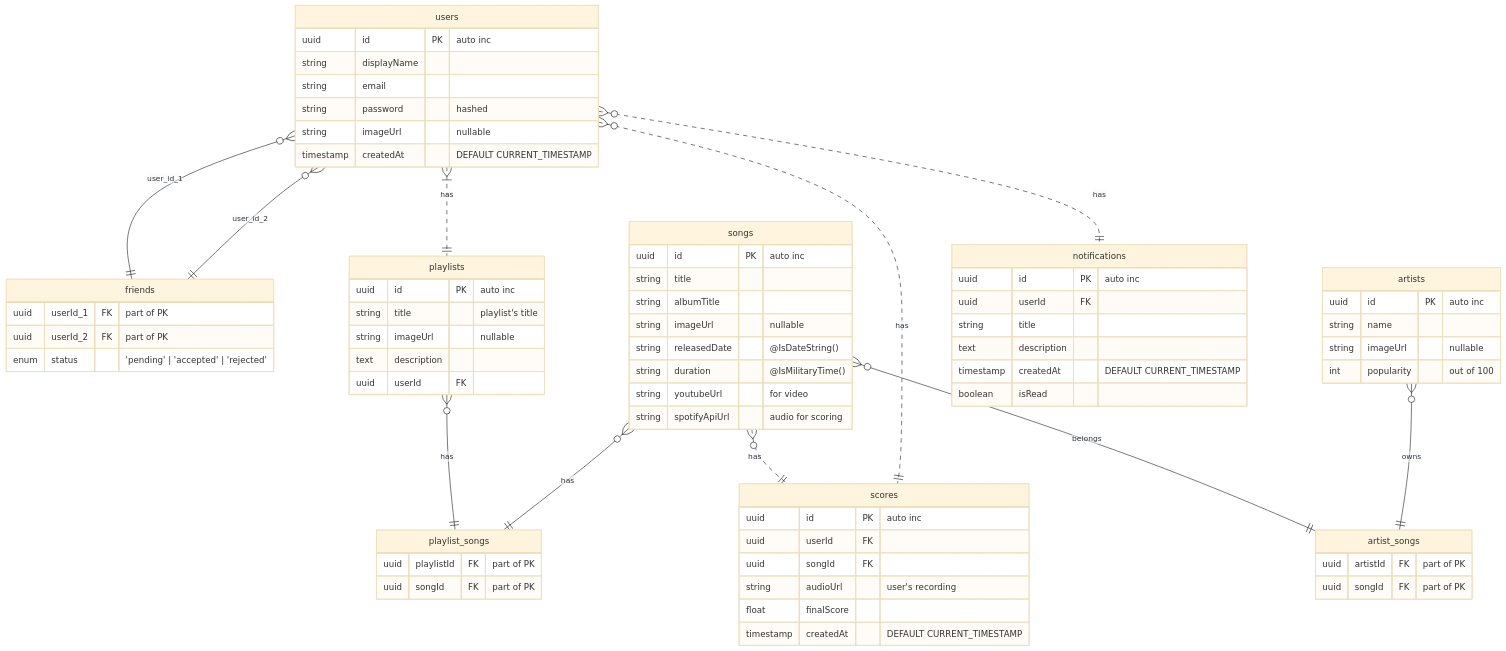
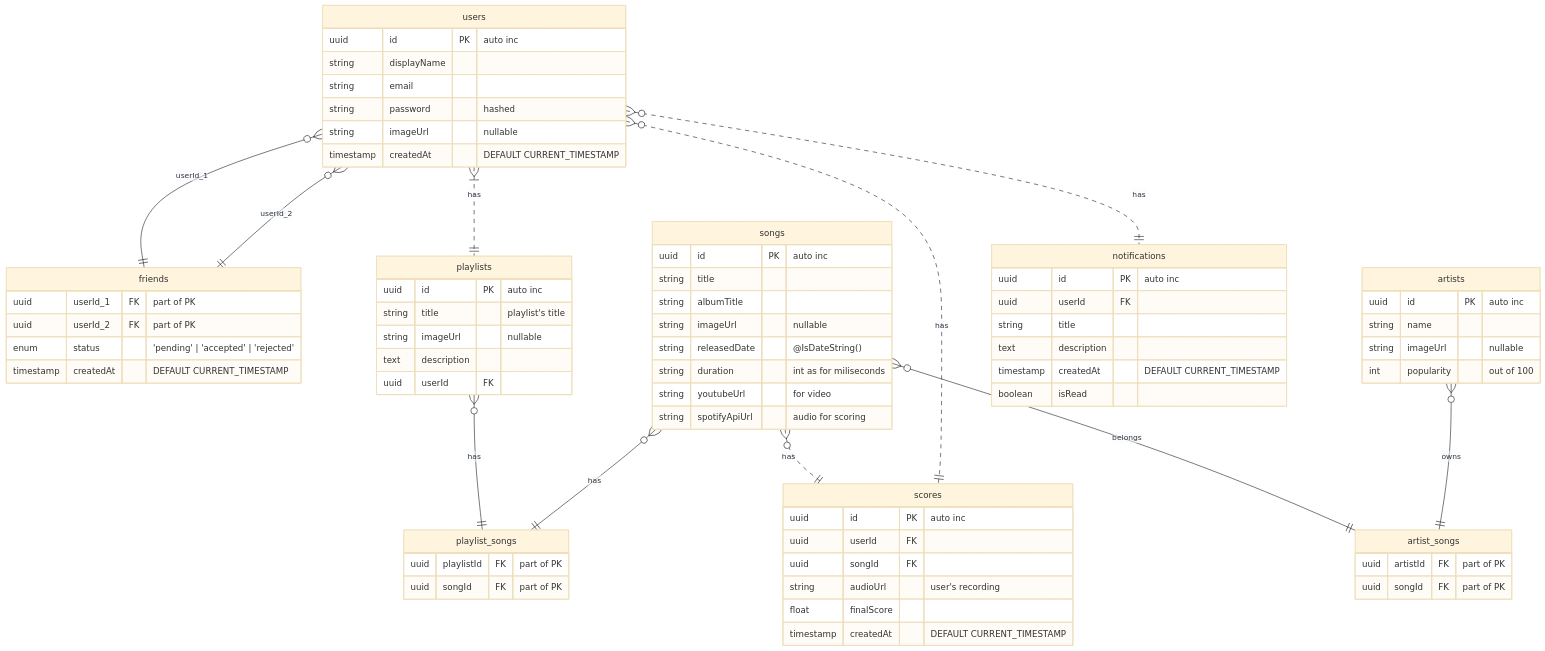
One commit to manoke-uit/.github changed the first of 2 diagrams in README.md. Above: the diagram before and after it, drawn with Mermaid (base theme).

Commit message:
chore: modify attributes

````diff
--- a/README.md
+++ b/README.md
@@ -2,75 +2,76 @@
 ``` mermaid
 erDiagram
     users {
         uuid id PK "auto inc"
         string displayName
         string email
         string password "hashed"
         string imageUrl "nullable"
         timestamp createdAt "DEFAULT CURRENT_TIMESTAMP"
     }
     friends {
         uuid userId_1 FK "part of PK"
         uuid userId_2 FK "part of PK"
         enum status "'pending' | 'accepted' | 'rejected'"
+        timestamp createdAt "DEFAULT CURRENT_TIMESTAMP"
     }
     songs {
         uuid id PK "auto inc"
         string title
         string albumTitle
         string imageUrl "nullable"
         string releasedDate "@IsDateString()"
-        string duration "@IsMilitaryTime()" 
+        string duration "int as for miliseconds" 
         string youtubeUrl "for video"
         string spotifyApiUrl "audio for scoring"
     }
     playlists {
         uuid id PK "auto inc"
         string title "playlist's title"
         string imageUrl "nullable"
         text description
         uuid userId FK
     }
     playlist_songs {
         uuid playlistId FK "part of PK"
         uuid songId FK "part of PK"
     }
     artists {
         uuid id PK "auto inc"
         string name
         string imageUrl "nullable"
         int popularity "out of 100"
     }
     artist_songs {
         uuid artistId FK "part of PK"
         uuid songId FK "part of PK"
     }
     scores {
         uuid id PK "auto inc"
         uuid userId FK
         uuid songId FK
         string audioUrl "user's recording"
         float finalScore
         timestamp createdAt "DEFAULT CURRENT_TIMESTAMP"
     }
     notifications {
         uuid id PK "auto inc"
         uuid userId FK
         string title
         text description
         timestamp createdAt "DEFAULT CURRENT_TIMESTAMP"
         boolean isRead
     }
     
     songs }o--|| artist_songs: belongs
     users }o..|| notifications: has
-    users }o--|| friends: user_id_1
-    users }o--|| friends: user_id_2
+    users }o--|| friends: userId_1
+    users }o--|| friends: userId_2
     users }|..|| playlists: has
     songs }o..|| scores: has
     users }o..|| scores: has
     playlists }o--|| playlist_songs: has
     songs }o--|| playlist_songs: has
     artists }o--|| artist_songs: owns
     
 ```
````
